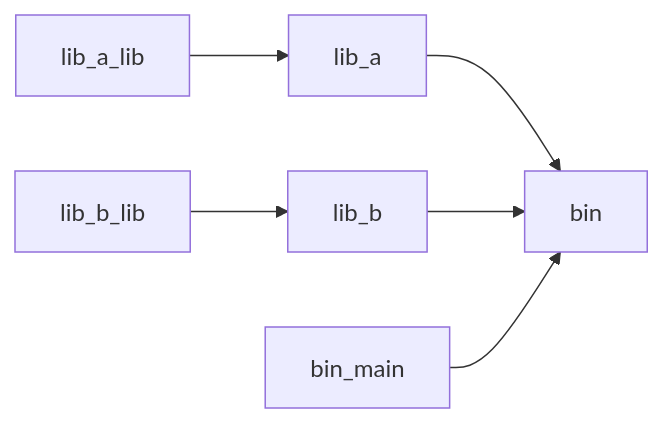
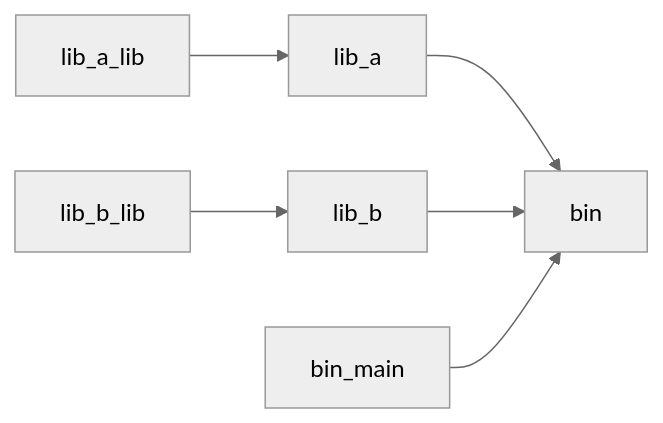
The first of 4 diagrams in src/build-system/readme.md (rust-project-primer/book), drawn with Mermaid before and after one commit. The commit also changed other lines of this file and 3 other files, not shown here.

````diff
--- a/src/build-system/readme.md
+++ b/src/build-system/readme.md
@@ -16,8 +16,12 @@
 ```mermaid
+---
+config:
+  theme: neutral
+---
 graph LR
     lib_a_lib-->lib_a
     lib_b_lib-->lib_b
     lib_a-->bin
     lib_b-->bin
     bin_main-->bin
 ```
````
